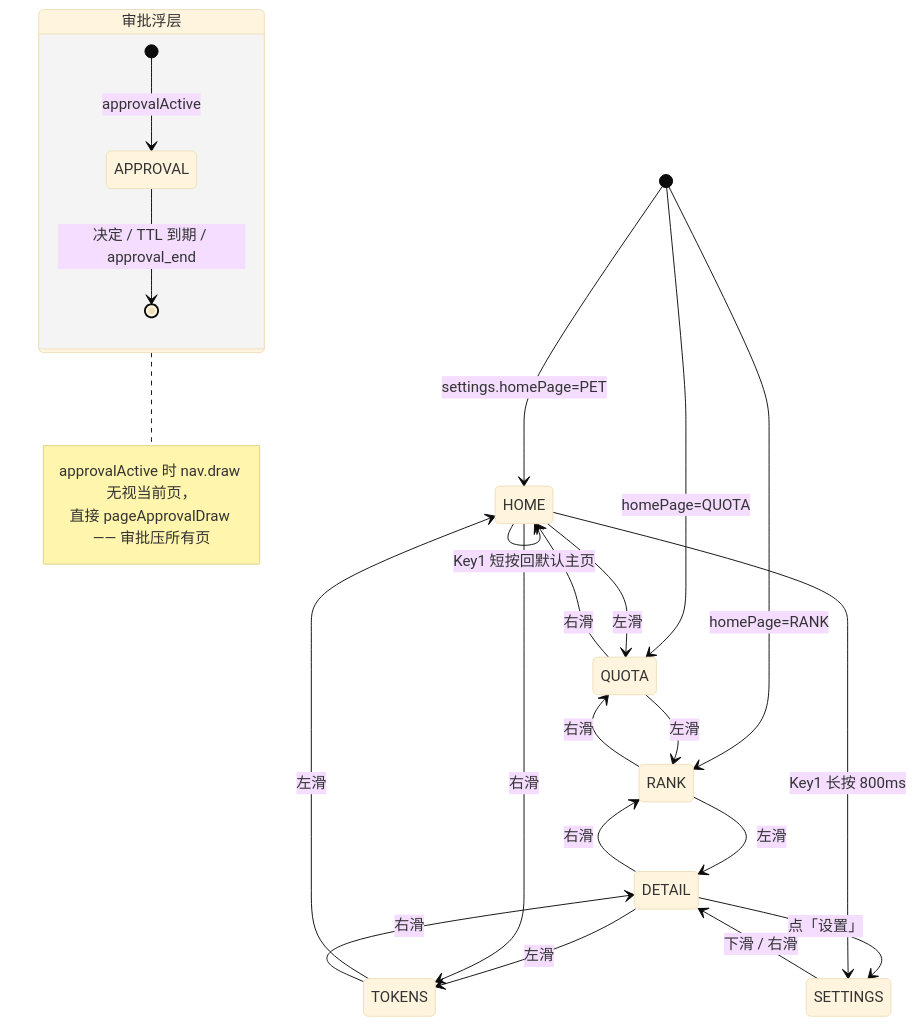
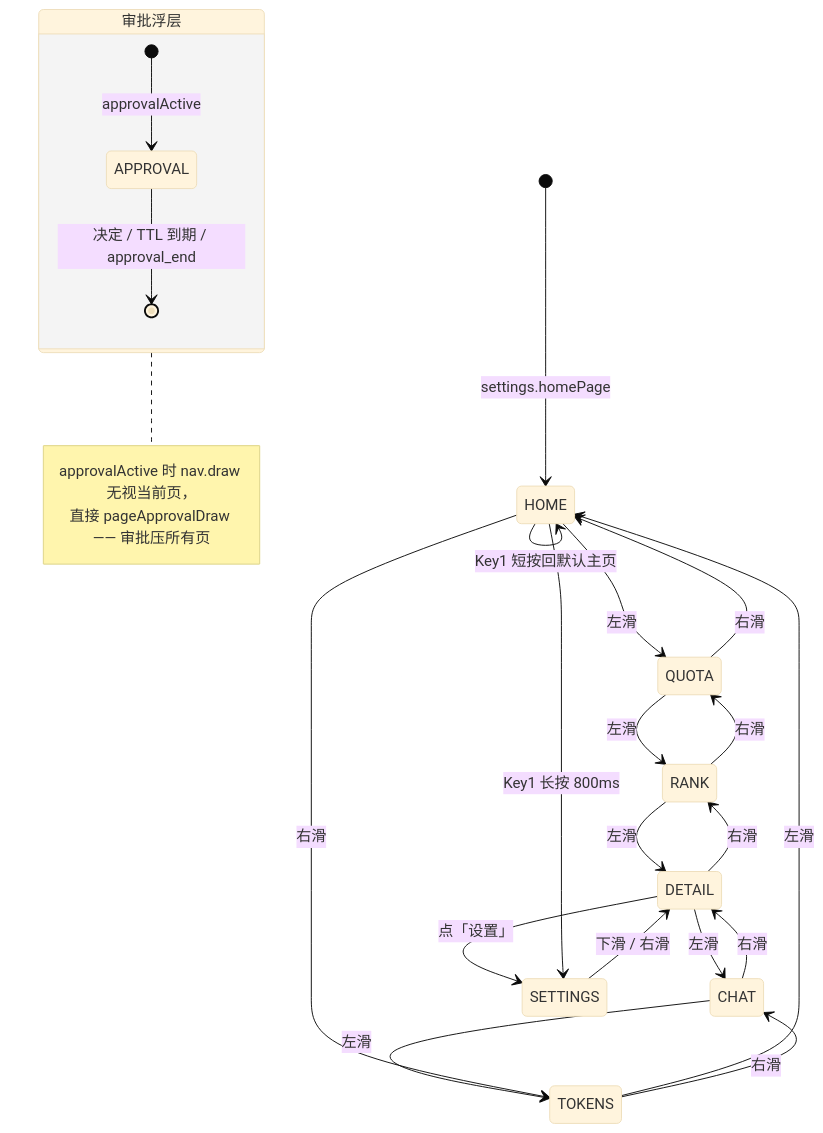
One commit to JAYcodr/whale-buddy-esp32 changed the eighth of 11 diagrams in docs/ARCHITECTURE.md. Above: the diagram before and after it, drawn with Mermaid (base theme). The commit also changed other lines of this file and 26 other files, not shown here.

````diff
--- a/docs/ARCHITECTURE.md
+++ b/docs/ARCHITECTURE.md
@@ -457,31 +406,30 @@
 ```mermaid
 stateDiagram-v2
-    [*] --> HOME: settings.homePage=PET
-    [*] --> QUOTA: homePage=QUOTA
-    [*] --> RANK: homePage=RANK
-
+    [*] --> HOME: settings.homePage
     HOME --> QUOTA: 左滑
     QUOTA --> RANK: 左滑
     RANK --> DETAIL: 左滑
-    DETAIL --> TOKENS: 左滑
+    DETAIL --> CHAT: 左滑
+    CHAT --> TOKENS: 左滑
     TOKENS --> HOME: 左滑
     QUOTA --> HOME: 右滑
     RANK --> QUOTA: 右滑
     DETAIL --> RANK: 右滑
-    TOKENS --> DETAIL: 右滑
+    CHAT --> DETAIL: 右滑
+    TOKENS --> CHAT: 右滑
     HOME --> TOKENS: 右滑
 
     DETAIL --> SETTINGS: 点「设置」
     SETTINGS --> DETAIL: 下滑 / 右滑
+    HOME --> SETTINGS: Key1 长按 800ms
     HOME --> HOME: Key1 短按回默认主页
-    HOME --> SETTINGS: Key1 长按 800ms
 
     state 审批浮层 {
         [*] --> APPROVAL: approvalActive
         APPROVAL --> [*]: 决定 / TTL 到期 / approval_end
     }
     note right of 审批浮层
         approvalActive 时 nav.draw 无视当前页，
         直接 pageApprovalDraw —— 审批压所有页
     end note
 ```
````
